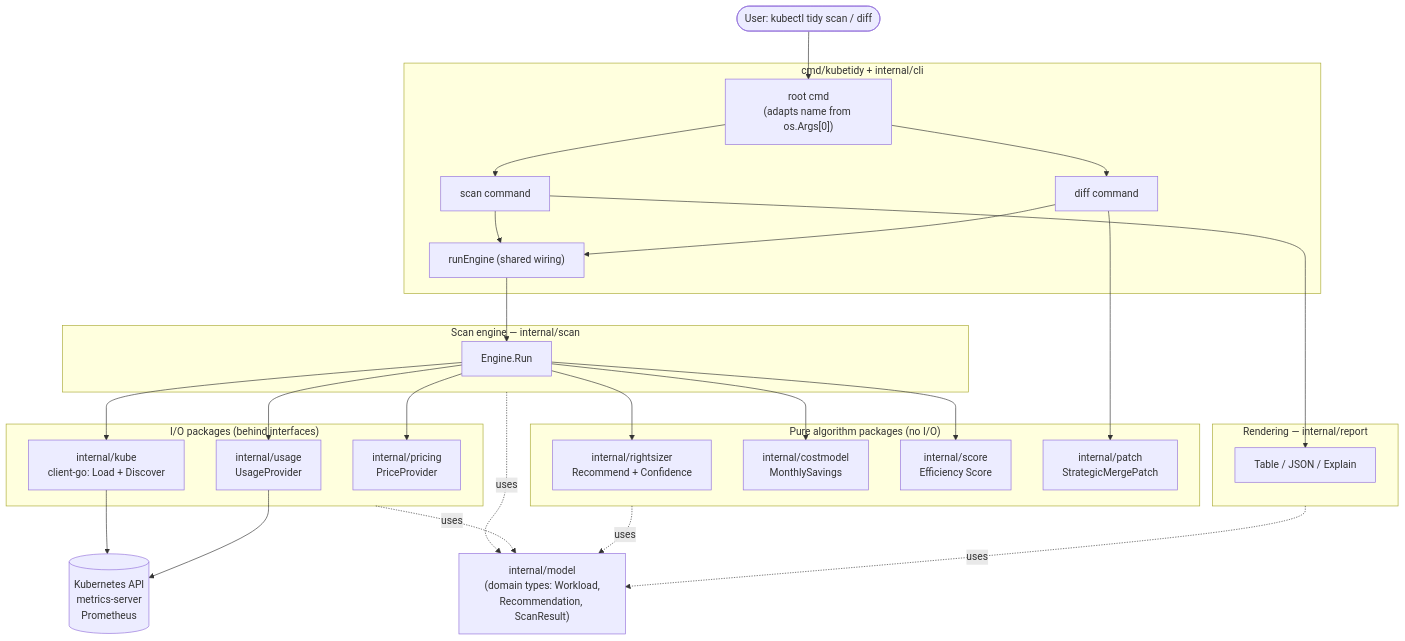
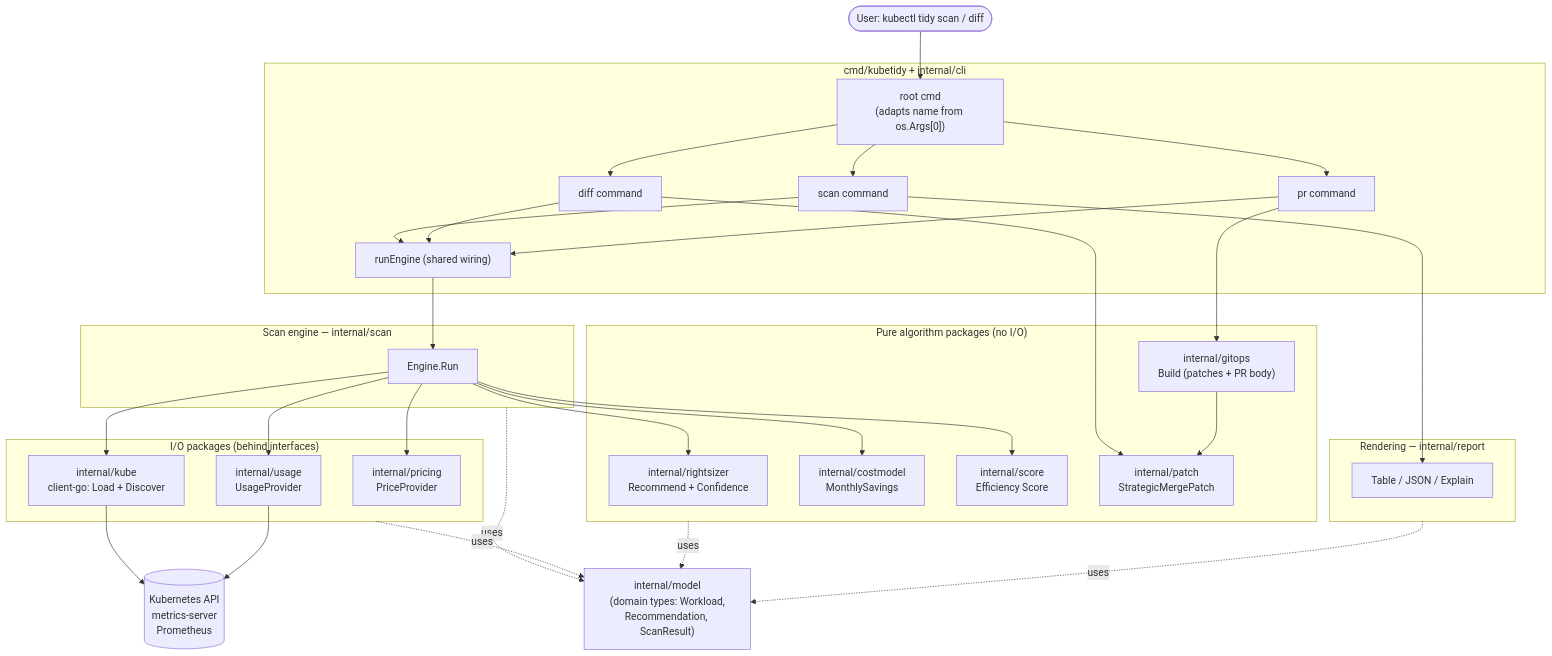
The first of 3 diagrams in docs/ARCHITECTURE.md (mayur-tolexo/kubetidy), drawn with Mermaid before and after one commit. The commit also changed other lines of this file and 2 other files, not shown here.

First line of the commit message:
docs: document pr command, Prometheus auto-detect + deploy across md files

````diff
--- a/docs/ARCHITECTURE.md
+++ b/docs/ARCHITECTURE.md
@@ -20,48 +21,51 @@
 ```mermaid
 flowchart TB
     user([User: kubectl tidy scan / diff])
 
     subgraph CLI["cmd/kubetidy + internal/cli"]
         root["root cmd<br/>(adapts name from os.Args[0])"]
         scancmd["scan command"]
         diffcmd["diff command"]
+        prcmd["pr command"]
         enginewire["runEngine (shared wiring)"]
     end
 
     subgraph Core["Scan engine — internal/scan"]
         engine["Engine.Run"]
     end
 
     subgraph IO["I/O packages (behind interfaces)"]
         kube["internal/kube<br/>client-go: Load + Discover"]
         usage["internal/usage<br/>UsageProvider"]
         pricing["internal/pricing<br/>PriceProvider"]
     end
 
     subgraph Pure["Pure algorithm packages (no I/O)"]
         rightsizer["internal/rightsizer<br/>Recommend + Confidence"]
         costmodel["internal/costmodel<br/>MonthlySavings"]
         score["internal/score<br/>Efficiency Score"]
         patch["internal/patch<br/>StrategicMergePatch"]
+        gitops["internal/gitops<br/>Build (patches + PR body)"]
     end
 
     subgraph Out["Rendering — internal/report"]
         report["Table / JSON / Explain"]
     end
 
     model["internal/model<br/>(domain types: Workload,<br/>Recommendation, ScanResult)"]
 
     cluster[("Kubernetes API<br/>metrics-server<br/>Prometheus")]
 
-    user --> root --> scancmd & diffcmd --> enginewire --> engine
+    user --> root --> scancmd & diffcmd & prcmd --> enginewire --> engine
     engine --> kube --> cluster
     engine --> usage --> cluster
     engine --> pricing
     engine --> rightsizer & costmodel & score
     scancmd --> report
     diffcmd --> patch
+    prcmd --> gitops --> patch
     Core -.uses.-> model
     IO -.uses.-> model
     Pure -.uses.-> model
     Out -.uses.-> model
 ```
````
